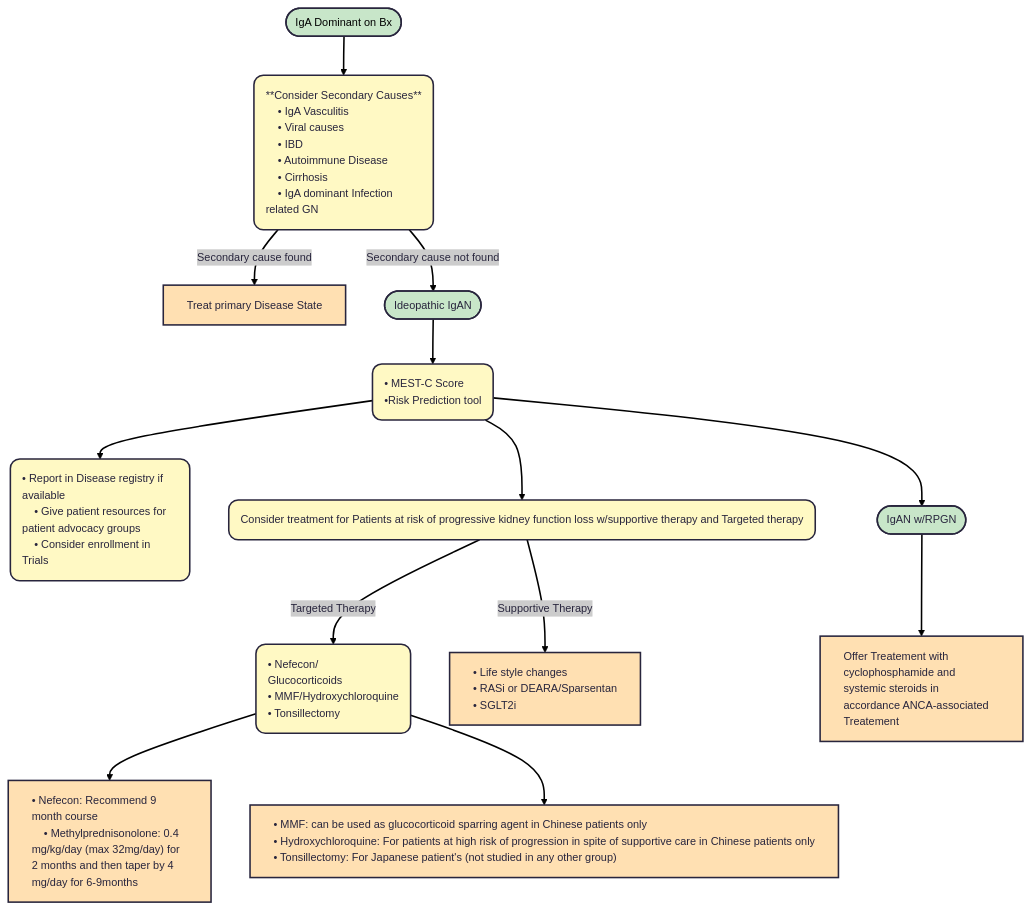
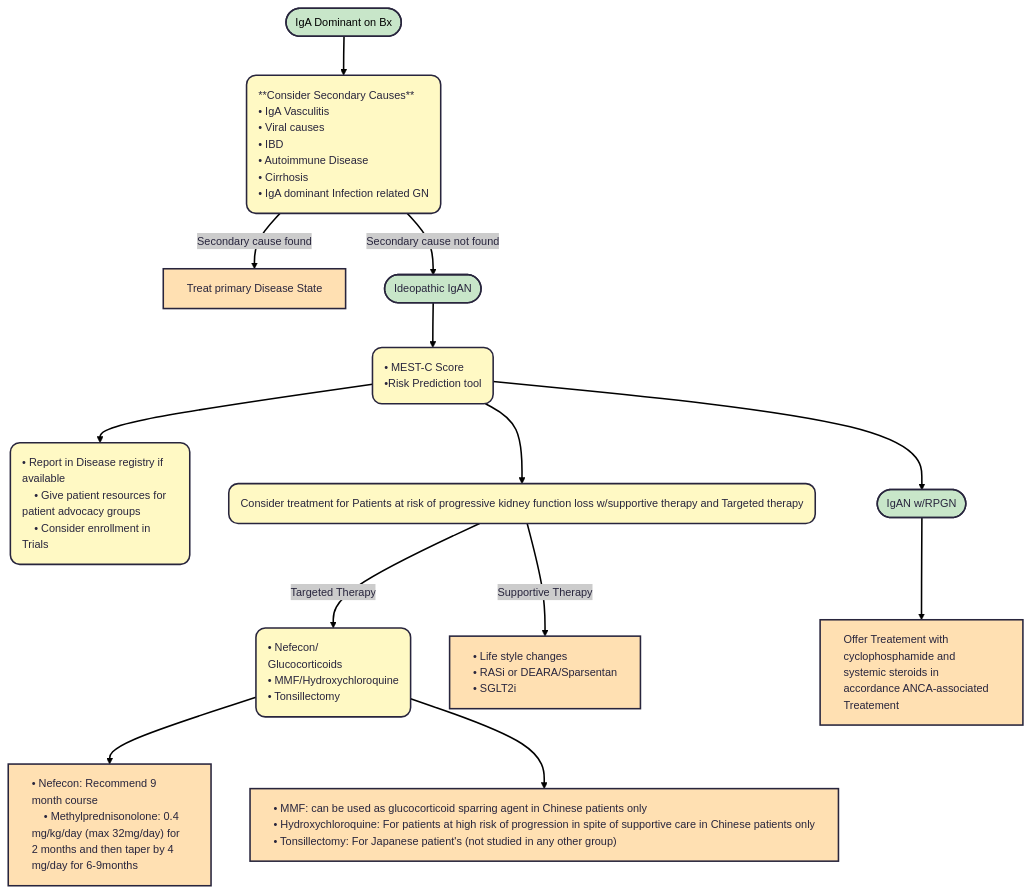
Before and after one commit to TTUNEPH2025/GN: the diagram in docs/IGAN.md, drawn with Mermaid.

````diff
--- a/docs/IGAN.md
+++ b/docs/IGAN.md
@@ -69,51 +69,51 @@
 ```mermaid
 ---
 config:
   theme: redux
 ---
 flowchart TD
     A(["IgA Dominant on Bx"]) --> n1["**Consider Secondary Causes**
     • IgA Vasculitis
     • Viral causes
     • IBD
     • Autoimmune Disease
     • Cirrhosis 
     • IgA dominant Infection related GN"]
     n1 -- Secondary cause found --> n2["Treat primary Disease State"]
     n1 -- Secondary cause not found --> n3(["Ideopathic IgAN"])
     n3 --> n4["• MEST-C Score
     •Risk Prediction tool"]
     n4 --> n5["• Report in Disease registry if available
     • Give patient resources for patient advocacy groups
     • Consider enrollment in Trials"] & n6["Consider treatment for Patients at risk of progressive kidney function loss w/supportive therapy and Targeted therapy"] & n9(["IgAN w/RPGN"])
     n6 -- Targeted Therapy --> n7["• Nefecon/
     Glucocorticoids
     • MMF/Hydroxychloroquine
     • Tonsillectomy"]
     n6 -- Supportive Therapy --> n8["• Life style changes
     • RASi or DEARA/Sparsentan
     • SGLT2i"]
     n9 --> n10["Offer Treatement with cyclophosphamide and systemic steroids in accordance ANCA-associated Treatement"]
     n7 --> n11["• Nefecon: Recommend 9 month course
     • Methylprednisonolone: 0.4 mg/kg/day (max 32mg/day) for 2 months and then taper by 4 mg/day for 6-9months"] & n12@{ label: "• MMF: can be used as glucocorticoid sparring agent in Chinese patients only\n    • Hydroxychloroquine: For patients at high risk of progression in spite of supportive care in Chinese patients only\n    • Tonsillectomy: For Japanese patient's (not studied in any other group)" }
     n1@{ shape: rounded}
     n4@{ shape: rounded}
     n5@{ shape: rounded}
     n6@{ shape: rounded}
     n7@{ shape: rounded}
     n8@{ shape: rect}
     n12@{ shape: rect}
     style A fill:#C8E6C9,color:#000000
-    style n1 fill:#FFF9C4,text-align:left
+    style n1 fill:#FFF9C4,text-align:left,white-space:nowrap
     style n2 fill:#FFE0B2,text-align:left
     style n3 fill:#C8E6C9,text-align:left
     style n4 fill:#FFF9C4,text-align:left
     style n5 fill:#FFF9C4,text-align:left
     style n6 fill:#FFF9C4,text-align:left,white-space:nowrap
     style n9 fill:#C8E6C9,text-align:left
     style n7 fill:#FFF9C4,text-align:left
     style n8 fill:#FFE0B2,text-align:left,white-space:nowrap
     style n10 fill:#FFE0B2,text-align:left
     style n11 fill:#FFE0B2,text-align:left
     style n12 fill:#FFE0B2,text-align:left,white-space:nowrap
 ```
````
